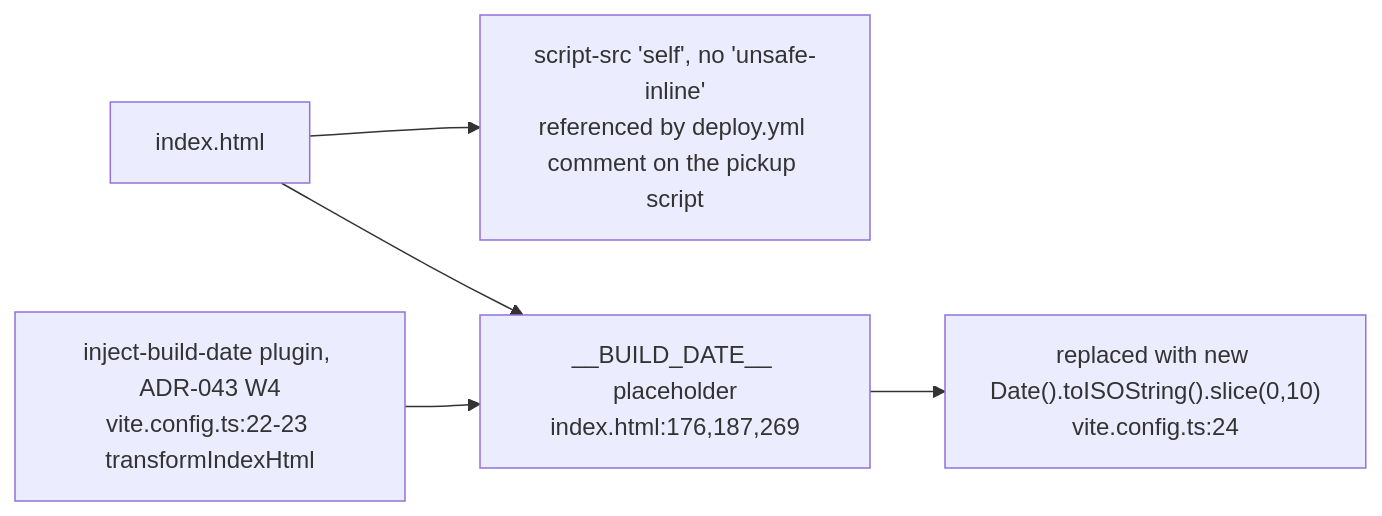
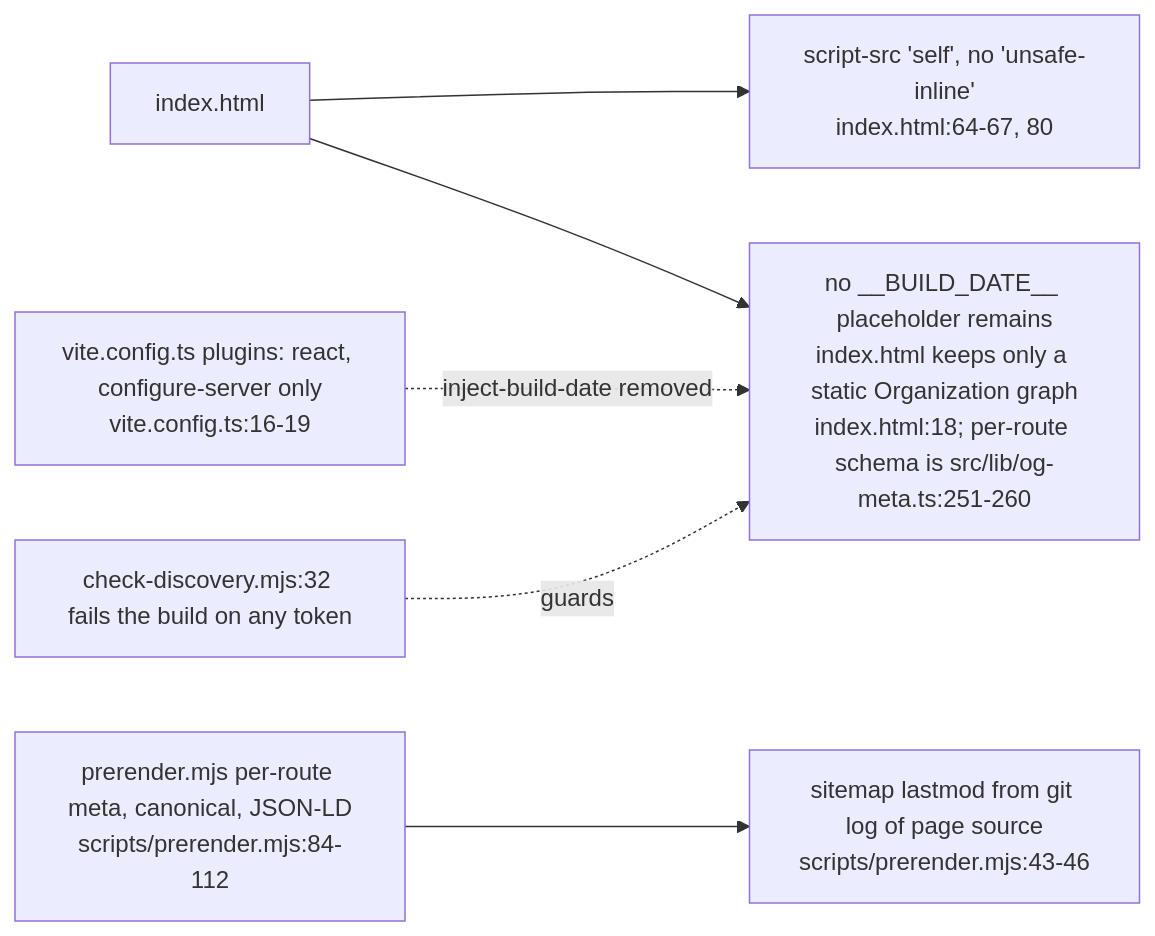
One commit to DreamLab-AI/VisionFlow changed the fourth of 5 diagrams in docs/diagrams/dreamlab-ai-website/02-site-build-and-pages-deploy.md. Above: the diagram before and after it, drawn with Mermaid. The commit also changed other lines of this file and 80 other files, not shown here.

First line of the commit message:
docs(diagrams): re-verify the agentbox, dreamlab, estate and visionflow corpus against current sources

````diff
--- a/docs/diagrams/dreamlab-ai-website/02-site-build-and-pages-deploy.md
+++ b/docs/diagrams/dreamlab-ai-website/02-site-build-and-pages-deploy.md
@@ -71,7 +81,8 @@
 ```mermaid
 flowchart LR
-    HTML["index.html"] --> CSP["script-src 'self', no 'unsafe-inline'<br/>referenced by deploy.yml comment on the pickup script"]
-    HTML --> DATE["__BUILD_DATE__ placeholder<br/>index.html:176,187,269"]
-    PLUGIN["inject-build-date plugin, ADR-043 W4<br/>vite.config.ts:22-23 transformIndexHtml"] --> DATE
-    DATE --> REPLACED["replaced with new Date().toISOString().slice(0,10)<br/>vite.config.ts:24"]
+    HTML["index.html"] --> CSP["script-src 'self', no 'unsafe-inline'<br/>index.html:64-67, 80"]
+    HTML --> NODATE["no __BUILD_DATE__ placeholder remains<br/>index.html keeps only a static Organization graph<br/>index.html:18; per-route schema is src/lib/og-meta.ts:251-260"]
+    VITE["vite.config.ts plugins: react, configure-server only<br/>vite.config.ts:16-19"] -. "inject-build-date removed" .-> NODATE
+    PRER["prerender.mjs per-route meta, canonical, JSON-LD<br/>scripts/prerender.mjs:84-112"] --> LASTMOD["sitemap lastmod from git log of page source<br/>scripts/prerender.mjs:43-46"]
+    DISC["check-discovery.mjs:32 fails the build on any token"] -. guards .-> NODATE
 ```
````
